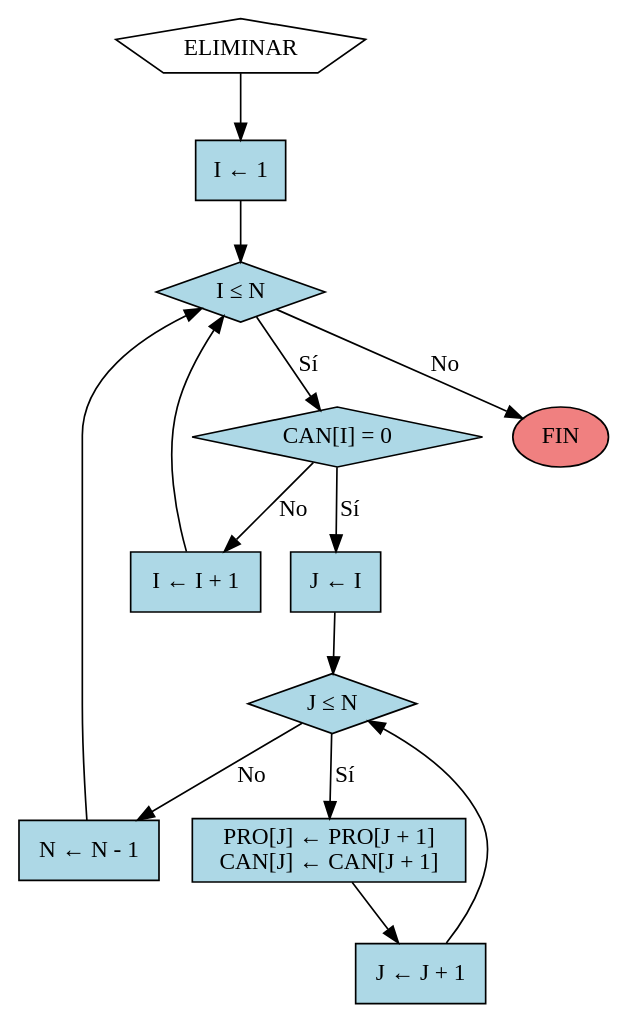
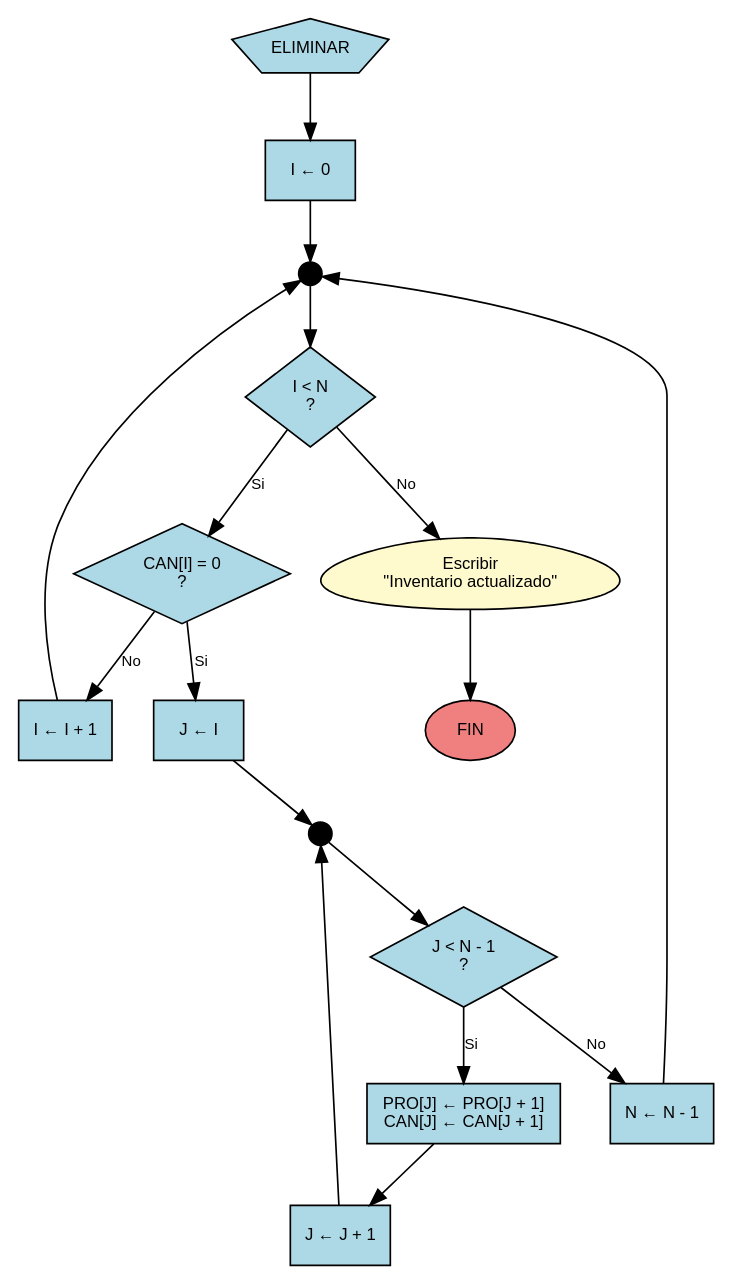
The diagram in diagramas/problema_4_22_parte_d.dot (D1egoXD/JAVA-TICS), drawn with Graphviz before and after one commit. The commit also changed 4 other files, not shown here.

Commit message:
Actualizar problema 4.22 - Gestión de inventario según estructura del código

```diff
--- a/diagramas/problema_4_22_parte_d.dot
+++ b/diagramas/problema_4_22_parte_d.dot
@@ -1,32 +1,39 @@
-digraph problema_4_22_parte_d {
+digraph Inventario_Parte_D {
     rankdir=TB;
-    node [shape=box, style=filled];
+    node [shape=box, style=filled, fontname="Arial", fontsize=10];
+    edge [fontname="Arial", fontsize=9];
 
     // Nodos
-    conector_eliminar [label="ELIMINAR", shape=pentagon, fillcolor=white];
-    asignar_i [label="I ← 1", fillcolor=lightblue];
-    ciclo_i [label="I ≤ N", shape=diamond, fillcolor=lightblue];
-    condicion_cero [label="CAN[I] = 0", shape=diamond, fillcolor=lightblue];
-    asignar_j [label="J ← I", fillcolor=lightblue];
-    ciclo_j [label="J ≤ N", shape=diamond, fillcolor=lightblue];
-    desplazar [label="PRO[J] ← PRO[J + 1]\nCAN[J] ← CAN[J + 1]", fillcolor=lightblue];
-    incremento_j [label="J ← J + 1", fillcolor=lightblue];
-    decrementar_n [label="N ← N - 1", fillcolor=lightblue];
-    incremento_i [label="I ← I + 1", fillcolor=lightblue];
-    fin [label="FIN", shape=oval, fillcolor=lightcoral];
+    conectorEliminar [label="ELIMINAR", shape=pentagon, fillcolor="#ADD8E6", color=black, fontcolor=black];
+    initI [label="I ← 0", shape=box, fillcolor="#ADD8E6", color=black, fontcolor=black];
+    converge1 [label="", shape=circle, width=0.2, height=0.2, fillcolor=black, color=black];
+    cicloI [label="I < N\n?", shape=diamond, fillcolor="#ADD8E6", color=black, fontcolor=black];
+    condicionCero [label="CAN[I] = 0\n?", shape=diamond, fillcolor="#ADD8E6", color=black, fontcolor=black];
+    initJ [label="J ← I", shape=box, fillcolor="#ADD8E6", color=black, fontcolor=black];
+    converge2 [label="", shape=circle, width=0.2, height=0.2, fillcolor=black, color=black];
+    cicloJ [label="J < N - 1\n?", shape=diamond, fillcolor="#ADD8E6", color=black, fontcolor=black];
+    desplazar [label="PRO[J] ← PRO[J + 1]\nCAN[J] ← CAN[J + 1]", shape=box, fillcolor="#ADD8E6", color=black, fontcolor=black];
+    incrementoJ [label="J ← J + 1", shape=box, fillcolor="#ADD8E6", color=black, fontcolor=black];
+    decrementarN [label="N ← N - 1", shape=box, fillcolor="#ADD8E6", color=black, fontcolor=black];
+    incrementoI [label="I ← I + 1", shape=box, fillcolor="#ADD8E6", color=black, fontcolor=black];
+    msgInventario [label="Escribir\n\"Inventario actualizado\"", shape=egg, fillcolor="#FFFACD", color=black, fontcolor=black];
+    fin [label="FIN", shape=oval, fillcolor="#F08080", color=black, fontcolor=black];
 
     // Conexiones
-    conector_eliminar -> asignar_i;
-    asignar_i -> ciclo_i;
-    ciclo_i -> condicion_cero [label="Sí"];
-    ciclo_i -> fin [label="No"];
-    condicion_cero -> asignar_j [label="Sí"];
-    condicion_cero -> incremento_i [label="No"];
-    asignar_j -> ciclo_j;
-    ciclo_j -> desplazar [label="Sí"];
-    ciclo_j -> decrementar_n [label="No"];
-    desplazar -> incremento_j;
-    incremento_j -> ciclo_j;
-    decrementar_n -> ciclo_i;
-    incremento_i -> ciclo_i;
+    conectorEliminar -> initI;
+    initI -> converge1;
+    converge1 -> cicloI;
+    cicloI -> condicionCero [label="Si"];
+    cicloI -> msgInventario [label="No"];
+    condicionCero -> initJ [label="Si"];
+    condicionCero -> incrementoI [label="No"];
+    initJ -> converge2;
+    converge2 -> cicloJ;
+    cicloJ -> desplazar [label="Si"];
+    cicloJ -> decrementarN [label="No"];
+    desplazar -> incrementoJ;
+    incrementoJ -> converge2;
+    decrementarN -> converge1;
+    incrementoI -> converge1;
+    msgInventario -> fin;
 }
```
